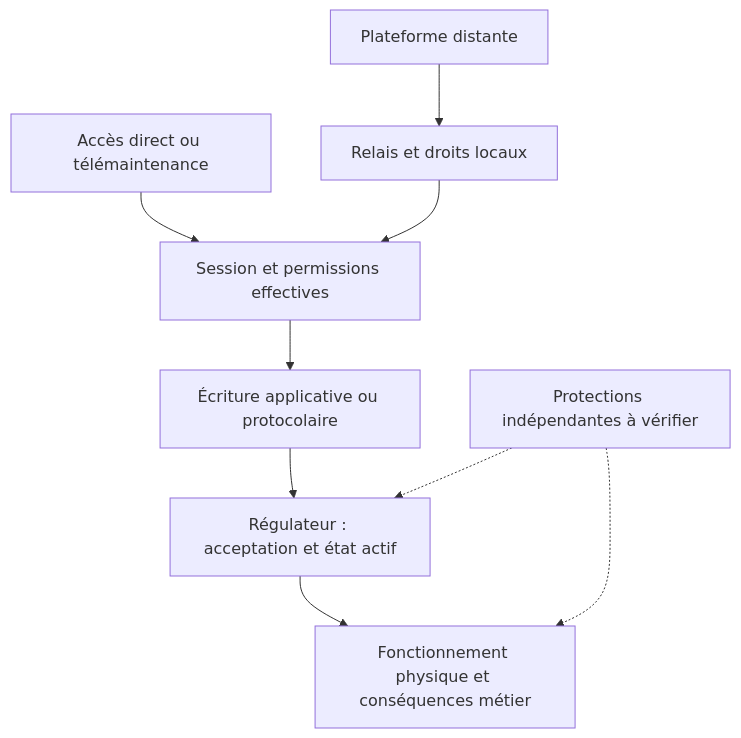
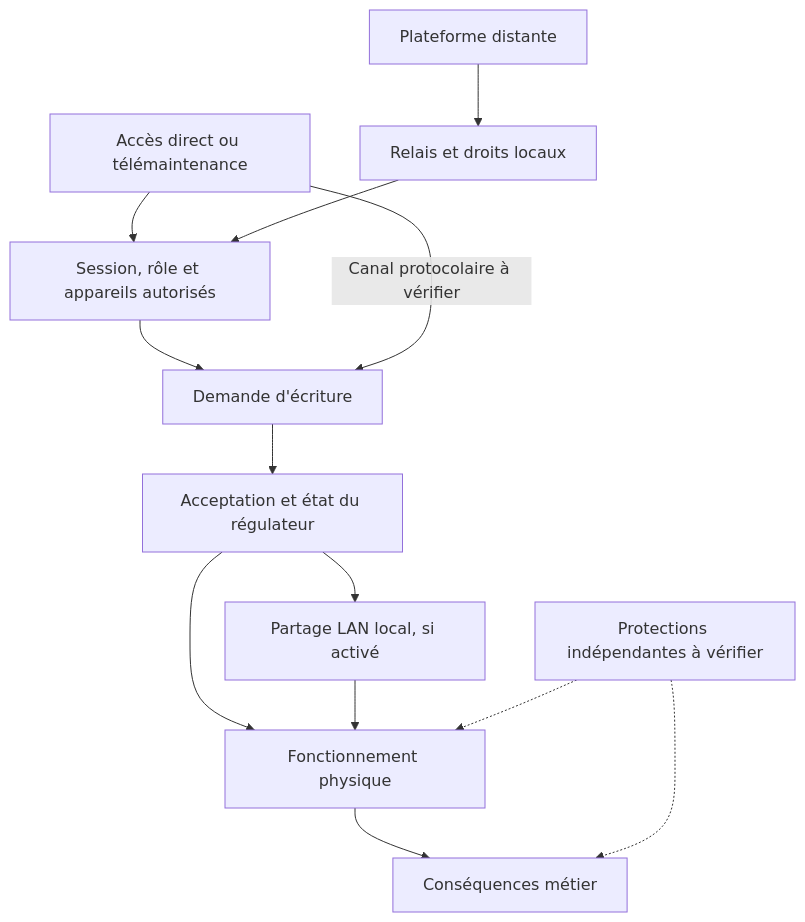
One commit to lxrider/danfoss-xweb-case-study changed the diagram in ETUDE.md. Above: the diagram before and after it, drawn with Mermaid. The commit also changed other lines of this file and 5 other files, not shown here.

````diff
--- a/ETUDE.md
+++ b/ETUDE.md
@@ -116,11 +175,15 @@
 ```mermaid
 flowchart TB
-    A["Accès direct ou télémaintenance"] --> S["Session et permissions effectives"]
+    A["Accès direct ou télémaintenance"] --> S["Session, rôle et appareils autorisés"]
     P["Plateforme distante"] --> R["Relais et droits locaux"]
     R --> S
-    S --> W["Écriture applicative ou protocolaire"]
-    W --> C["Régulateur : acceptation et état actif"]
-    C --> E["Fonctionnement physique et conséquences métier"]
-    I["Protections indépendantes à vérifier"] -.-> C
-    I -.-> E
+    S --> W["Demande d'écriture"]
+    A -->|"Canal protocolaire à vérifier"| W
+    W --> C["Acceptation et état du régulateur"]
+    C --> E["Fonctionnement physique"]
+    C --> L["Partage LAN local, si activé"]
+    L --> E
+    E --> B["Conséquences métier"]
+    I["Protections indépendantes à vérifier"] -.-> E
+    I -.-> B
 ```
````
